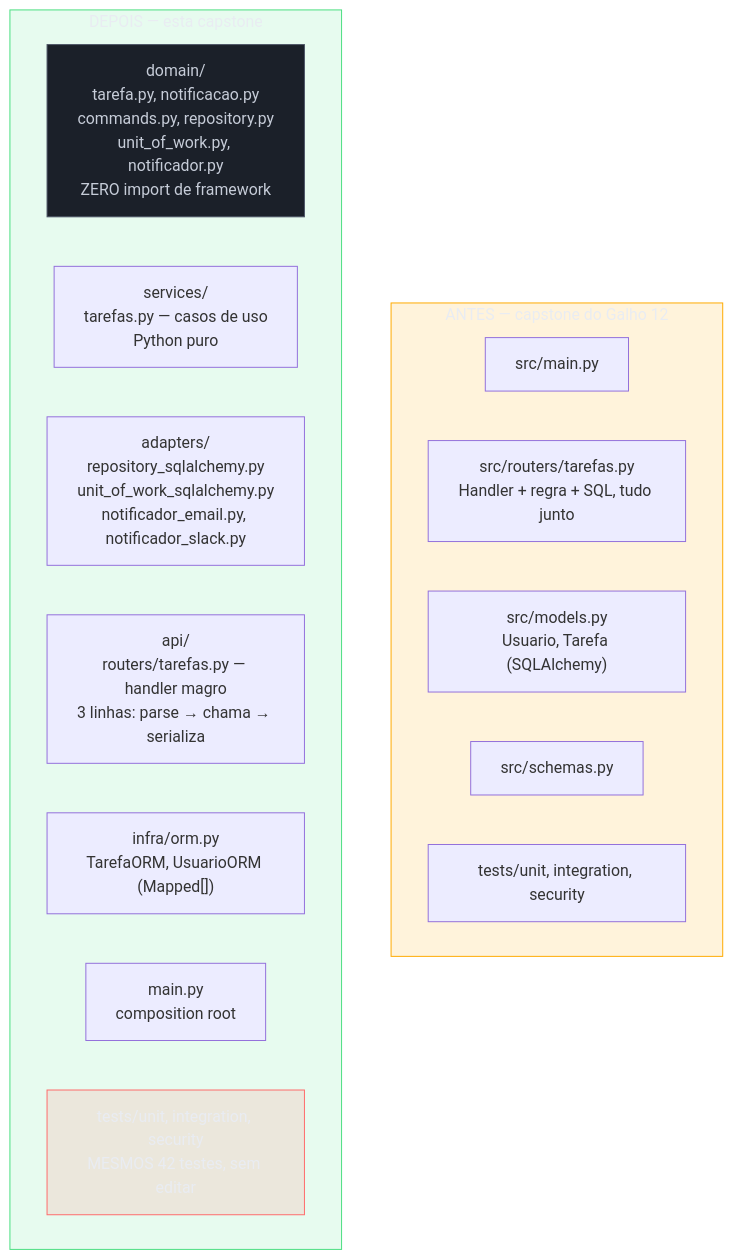
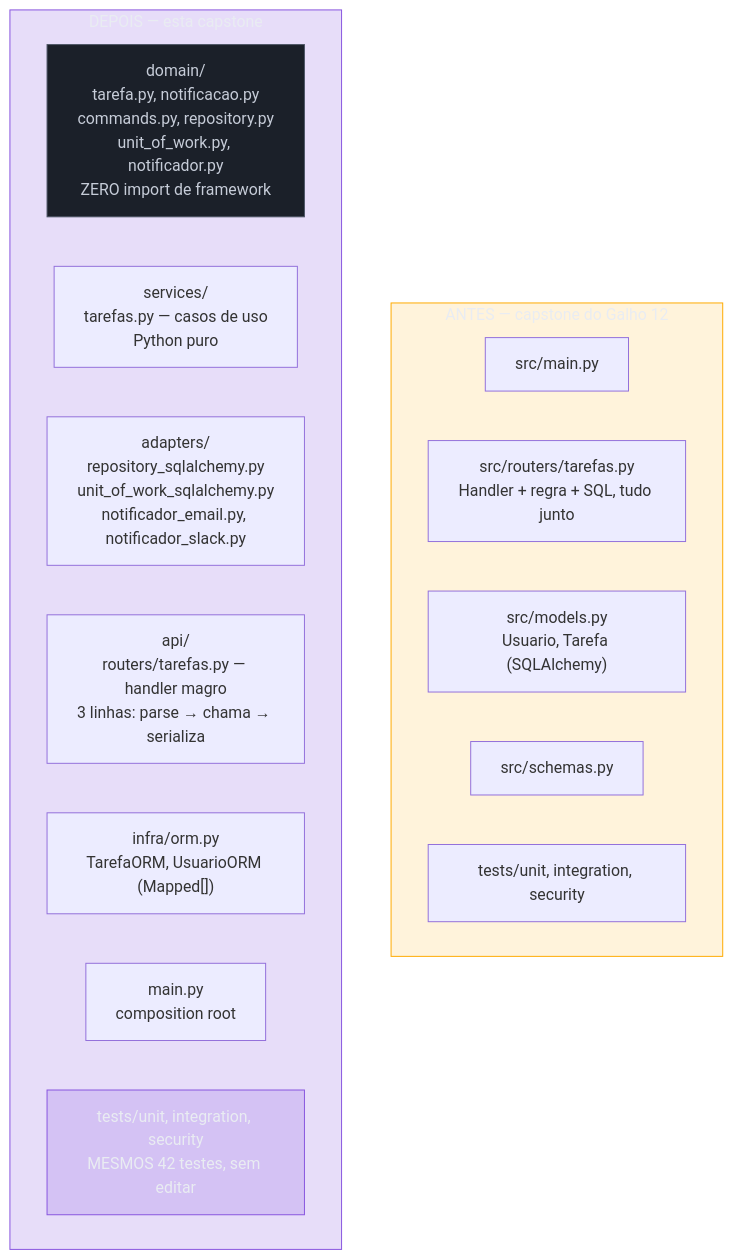
One commit to josenaldo/codex-technomanticus changed the second of 4 diagrams in 03-Dominios/Tecnologia/Python/Arquitetura e Design Patterns/08 - Capstone — refatorando a API de Tarefas pra arquitetura hexagonal.md. Above: the diagram before and after it, drawn with Mermaid. The commit also changed other lines of this file and 601 other files, not shown here.

````diff
--- a/03-Dominios/Tecnologia/Python/Arquitetura e Design Patterns/08 - Capstone — refatorando a API de Tarefas pra arquitetura hexagonal.md
+++ b/03-Dominios/Tecnologia/Python/Arquitetura e Design Patterns/08 - Capstone — refatorando a API de Tarefas pra arquitetura hexagonal.md
@@ -66,29 +66,28 @@
 ```mermaid
 flowchart TB
+    classDef marca fill:#8855DF33,stroke:#8855DF,color:#E9ECF2
     classDef destaque fill:#FFAA0024,stroke:#FFAA00,color:#E9ECF2
-    classDef ok fill:#4ADE8021,stroke:#4ADE80,color:#E9ECF2
     classDef neutro fill:#1B2029,stroke:#4E5666,color:#C6CCD8
-    classDef falha fill:#FF6B6B24,stroke:#FF6B6B,color:#E9ECF2
     subgraph Antes["ANTES — capstone do Galho 12"]
         A1["src/main.py"]
         A2["src/routers/tarefas.py\nHandler + regra + SQL, tudo junto"]
         A3["src/models.py\nUsuario, Tarefa (SQLAlchemy)"]
         A4["src/schemas.py"]
         A5["tests/unit, integration, security"]
     end
 
     subgraph Depois["DEPOIS — esta capstone"]
         D1["domain/\ntarefa.py, notificacao.py\ncommands.py, repository.py\nunit_of_work.py, notificador.py\nZERO import de framework"]
         D2["services/\ntarefas.py — casos de uso\nPython puro"]
         D3["adapters/\nrepository_sqlalchemy.py\nunit_of_work_sqlalchemy.py\nnotificador_email.py, notificador_slack.py"]
         D4["api/\nrouters/tarefas.py — handler magro\n3 linhas: parse → chama → serializa"]
         D5["infra/orm.py\nTarefaORM, UsuarioORM (Mapped[])"]
         D6["main.py\ncomposition root"]
         D7["tests/unit, integration, security\nMESMOS 42 testes, sem editar"]
     end
 
     class Antes destaque
-    class Depois ok
+    class Depois marca
     class D1 neutro
-    class D7 falha
+    class D7 marca
 ```
````
